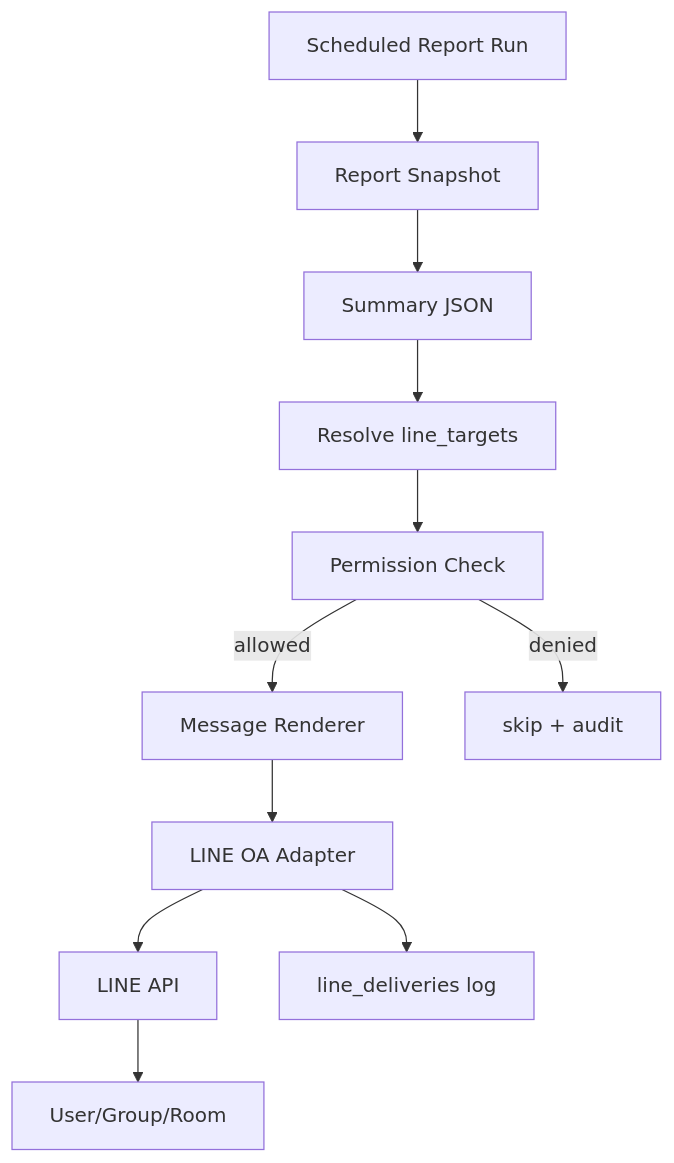
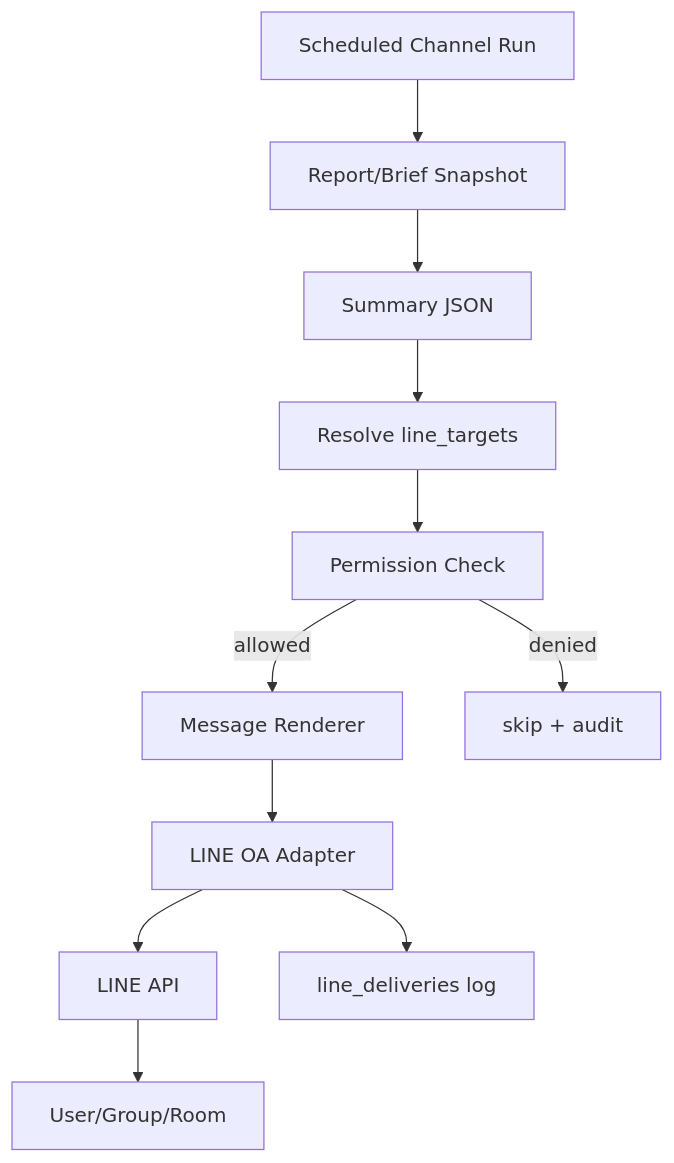
The diagram in docs/07_LINE_OA_MORNING_BRIEF_TH.md (bosocmputer/ai-business-command-center), drawn with Mermaid before and after one commit. The commit also changed other lines of this file and 12 other files, not shown here.

Commit message:
Reframe docs as multi-channel brief hub

````diff
--- a/docs/07_LINE_OA_MORNING_BRIEF_TH.md
+++ b/docs/07_LINE_OA_MORNING_BRIEF_TH.md
@@ -94,13 +96,13 @@
 ```mermaid
 flowchart TD
-    A[Scheduled Report Run] --> B[Report Snapshot]
+    A[Scheduled Channel Run] --> B[Report/Brief Snapshot]
     B --> C[Summary JSON]
     C --> D[Resolve line_targets]
     D --> E[Permission Check]
     E -->|allowed| F[Message Renderer]
     F --> G[LINE OA Adapter]
     G --> H[LINE API]
     H --> I[User/Group/Room]
     G --> J[line_deliveries log]
     E -->|denied| K[skip + audit]
 ```
````
